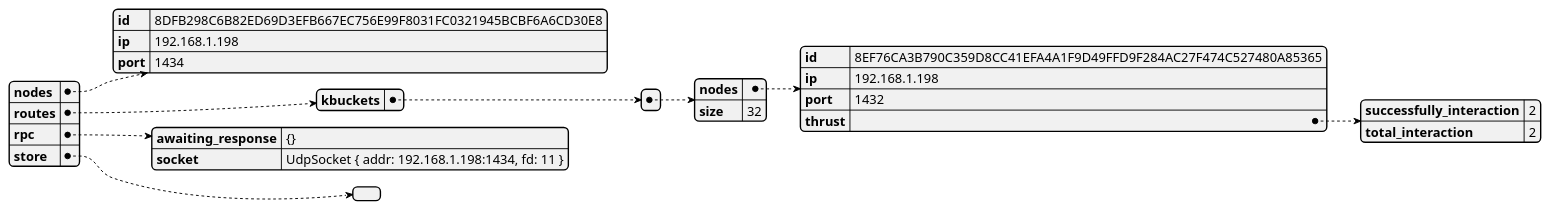
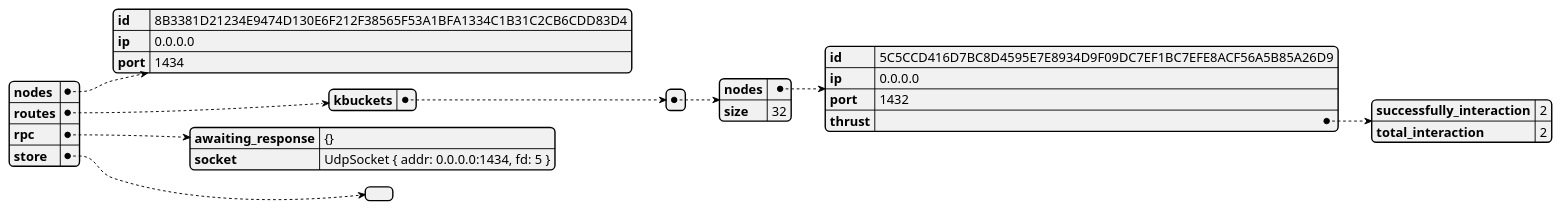
One commit to GoliathHagar/distributed_legder_kademlia changed the diagram in src/distributed_legder/state_dumps/test-contact-4.json.plantuml. Above: the diagram before and after it, drawn with PlantUML. The commit also changed 10 other files, not shown here.

```diff
--- a/src/distributed_legder/state_dumps/test-contact-4.json.plantuml
+++ b/src/distributed_legder/state_dumps/test-contact-4.json.plantuml
@@ -1,3 +1,3 @@
 @startjson
-{"nodes":{"id":"8DFB298C6B82ED69D3EFB667EC756E99F8031FC0321945BCBF6A6CD30E8","ip":"192.168.1.198","port":1434},"routes":{"kbuckets":[{"nodes":{"id":"8EF76CA3B790C359D8CC41EFA4A1F9D49FFD9F284AC27F474C527480A85365","ip":"192.168.1.198","port":1432,"thrust":{"successfully_interaction":2,"total_interaction":2}},"size":32}]},"rpc":{"awaiting_response":"{}","socket":"UdpSocket { addr: 192.168.1.198:1434, fd: 11 }"},"store":[]}
+{"nodes":{"id":"8B3381D21234E9474D130E6F212F38565F53A1BFA1334C1B31C2CB6CDD83D4","ip":"0.0.0.0","port":1434},"routes":{"kbuckets":[{"nodes":{"id":"5C5CCD416D7BC8D4595E7E8934D9F09DC7EF1BC7EFE8ACF56A5B85A26D9","ip":"0.0.0.0","port":1432,"thrust":{"successfully_interaction":2,"total_interaction":2}},"size":32}]},"rpc":{"awaiting_response":"{}","socket":"UdpSocket { addr: 0.0.0.0:1434, fd: 5 }"},"store":[]}
 @endjson
```
